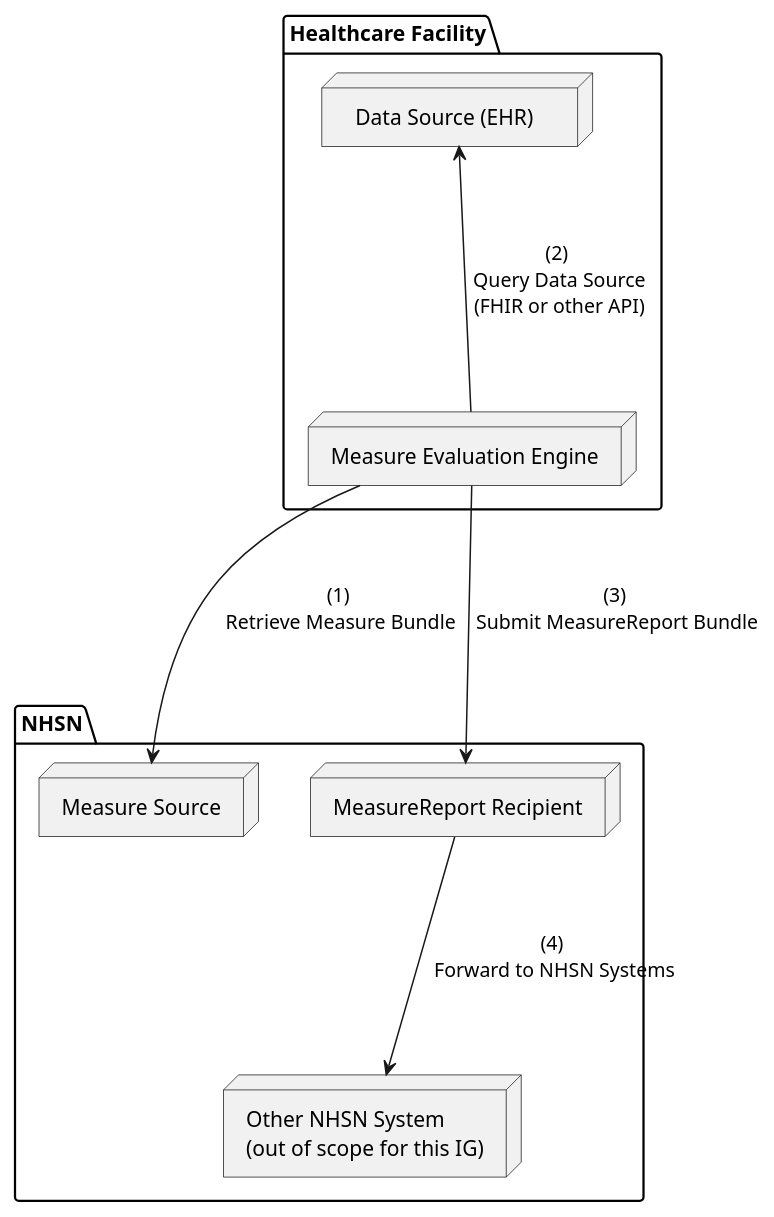
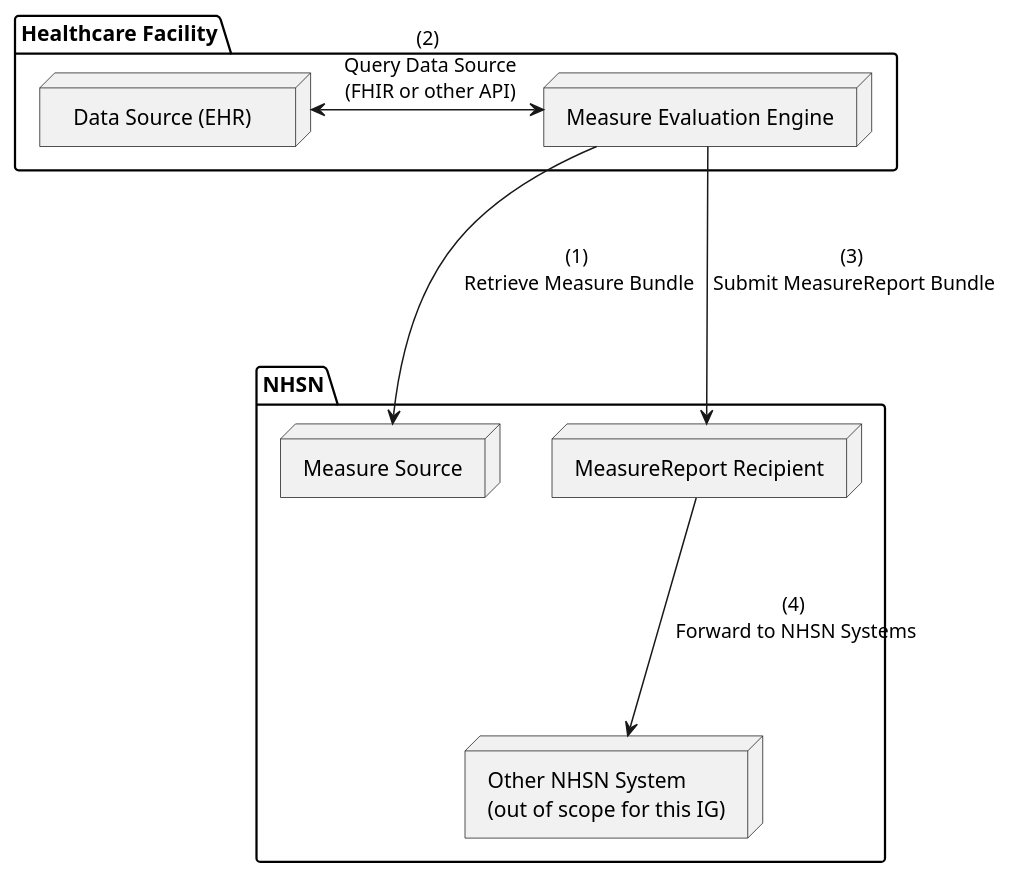
The diagram in input/images-source/usfr-push-1.plantuml (HL7/us-safr), drawn with PlantUML before and after one commit. The commit also changed 3 other files, not shown here.

Commit message:
Corrected arrow directions in diagrams on Specif.

```diff
--- a/input/images-source/usfr-push-1.plantuml
+++ b/input/images-source/usfr-push-1.plantuml
@@ -1,21 +1,21 @@
 @startuml
 
 package "Healthcare Facility" {
     node "  Data Source (EHR)    " as EHR
     node "Measure Evaluation Engine" as MEE1
 }
 
 package "NHSN" {
     node "Other NHSN System\n(out of scope for this IG)" as other
     node "Measure Source" as MS
     node "MeasureReport Recipient" as Recipient
 }
 
-EHR <--- MEE1 : (2)\n Query Data Source\n (FHIR or other API)
+EHR <->  MEE1 : (2)\n Query Data Source\n (FHIR or other API)
 
 MEE1 ---> MS : (1)\n Retrieve Measure Bundle
 MEE1 ---> Recipient : (3)\n Submit MeasureReport Bundle
 Recipient ---> other : (4)\n Forward to NHSN Systems
 
 
 @enduml
```
